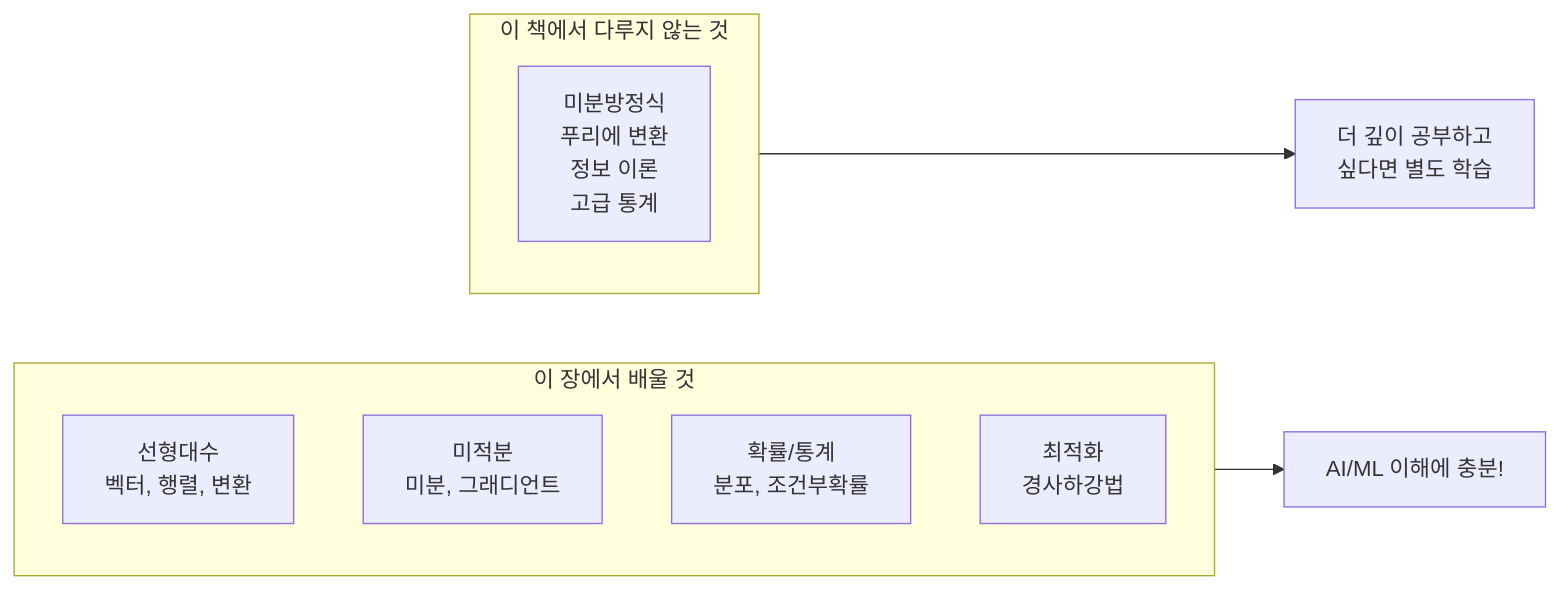
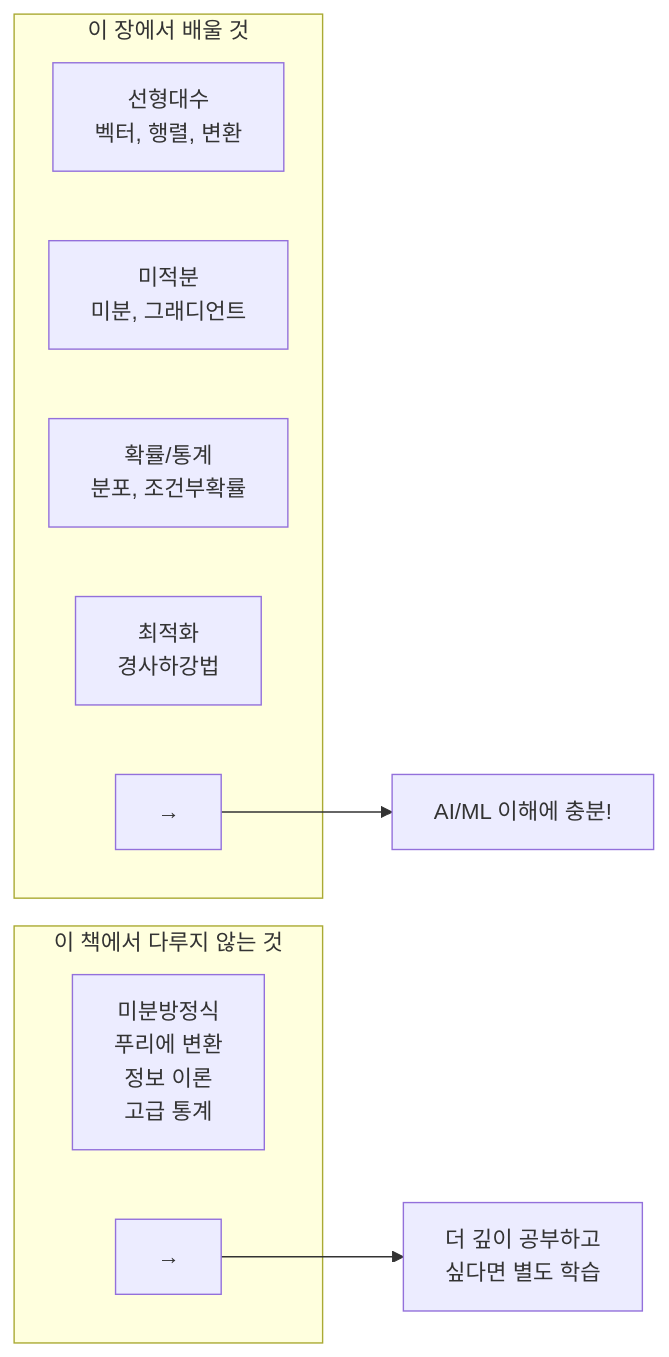
The second of 10 diagrams in ai-programming/01_서론/03_수학_기초.md (jingu279/Document), drawn with Mermaid before and after one commit. The commit also changed other lines of this file and 9 other files, not shown here.

Commit message:
Fix all broken Mermaid diagrams across AI book (cross-subgraph connections, reserved keywords, duplicate nodes)

````diff
--- a/ai-programming/01_서론/03_수학_기초.md
+++ b/ai-programming/01_서론/03_수학_기초.md
@@ -35,16 +35,18 @@
 ```mermaid
 flowchart LR
   subgraph ThisChapter[이 장에서 배울 것]
     LA["선형대수<br/>벡터, 행렬, 변환"]
     Calc["미적분<br/>미분, 그래디언트"]
     Prob["확률/통계<br/>분포, 조건부확률"]
     Opt["최적화<br/>경사하강법"]
+    TC_Out["→"]
   end
 
   subgraph NotCovered[이 책에서 다루지 않는 것]
     DeepMath["미분방정식<br/>푸리에 변환<br/>정보 이론<br/>고급 통계"]
+    NC_Out["→"]
   end
 
-  ThisChapter --> AI["AI/ML 이해에 충분!"]
-  NotCovered --> Later["더 깊이 공부하고<br/>싶다면 별도 학습"]
+  TC_Out --> AI["AI/ML 이해에 충분!"]
+  NC_Out --> Later["더 깊이 공부하고<br/>싶다면 별도 학습"]
 ```
````
